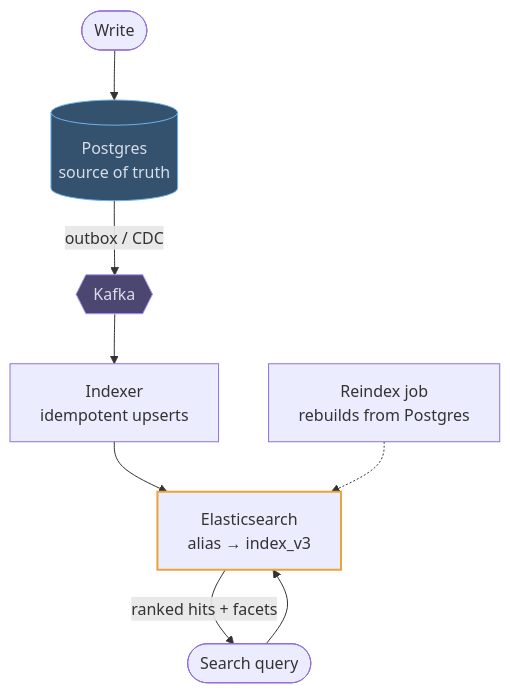
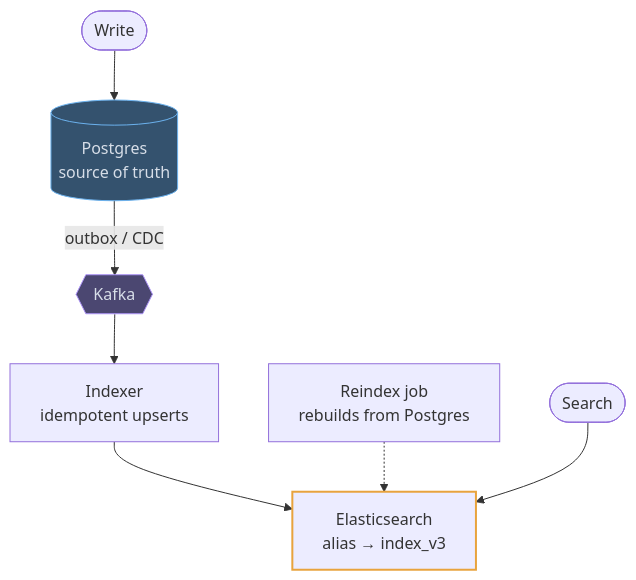
One commit to mertkahyaoglu/atlas changed the first of 4 diagrams in content/tech/06-elasticsearch.md. Above: the diagram before and after it, drawn with Mermaid. The commit also changed other lines of this file and 18 other files, not shown here.

First line of the commit message:
Rebuild the technology pages as use cases with diagrams

````diff
--- a/content/tech/06-elasticsearch.md
+++ b/content/tech/06-elasticsearch.md
@@ -91,17 +44,16 @@
 ```mermaid
 flowchart TB
     Write([Write]) --> PG[("Postgres<br/>source of truth")]
     PG -- "outbox / CDC" --> Bus{{"Kafka"}}
     Bus --> Indexer["Indexer<br/>idempotent upserts"]
     Indexer --> ES["Elasticsearch<br/>alias → index_v3"]
     Reindex["Reindex job<br/>rebuilds from Postgres"] -.-> ES
-    Query([Search query]) --> ES
-    ES -- "ranked hits + facets" --> Query
+    Query([Search]) --> ES
 
     classDef db fill:#34526e,stroke:#6cb2ee,color:#d7dee8
     classDef queue fill:#4b4771,stroke:#ad94f7,color:#d7dee8
     classDef hot stroke:#e8a33d,stroke-width:2px
     class PG db
     class Bus queue
     class ES hot
 ```
````
